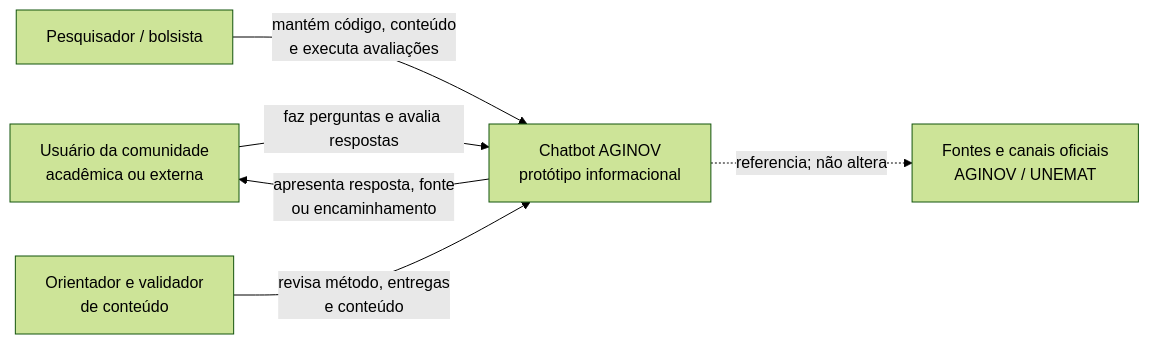
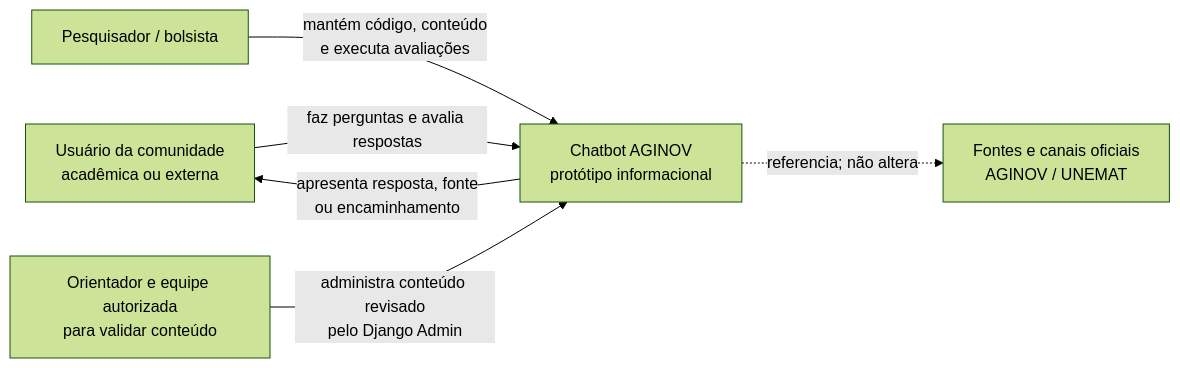
One commit to walkermooore/chatbot-aginov changed the first of 8 diagrams in docs/ARQUITETURA.md. Above: the diagram before and after it, drawn with Mermaid (forest theme). The commit also changed other lines of this file and 5 other files, not shown here.

````diff
--- a/docs/ARQUITETURA.md
+++ b/docs/ARQUITETURA.md
@@ -41,14 +41,14 @@
 ```mermaid
 flowchart LR
     U[Usuário da comunidade<br/>acadêmica ou externa]
     P[Pesquisador / bolsista]
-    V[Orientador e validador<br/>de conteúdo]
+    V[Orientador e equipe autorizada<br/>para validar conteúdo]
     O[Fontes e canais oficiais<br/>AGINOV / UNEMAT]
     S[Chatbot AGINOV<br/>protótipo informacional]
 
     U -->|faz perguntas e avalia respostas| S
     S -->|apresenta resposta, fonte<br/>ou encaminhamento| U
     P -->|mantém código, conteúdo<br/>e executa avaliações| S
-    V -->|revisa método, entregas<br/>e conteúdo| S
+    V -->|administra conteúdo revisado<br/>pelo Django Admin| S
     S -.->|referencia; não altera| O
 ```
````
